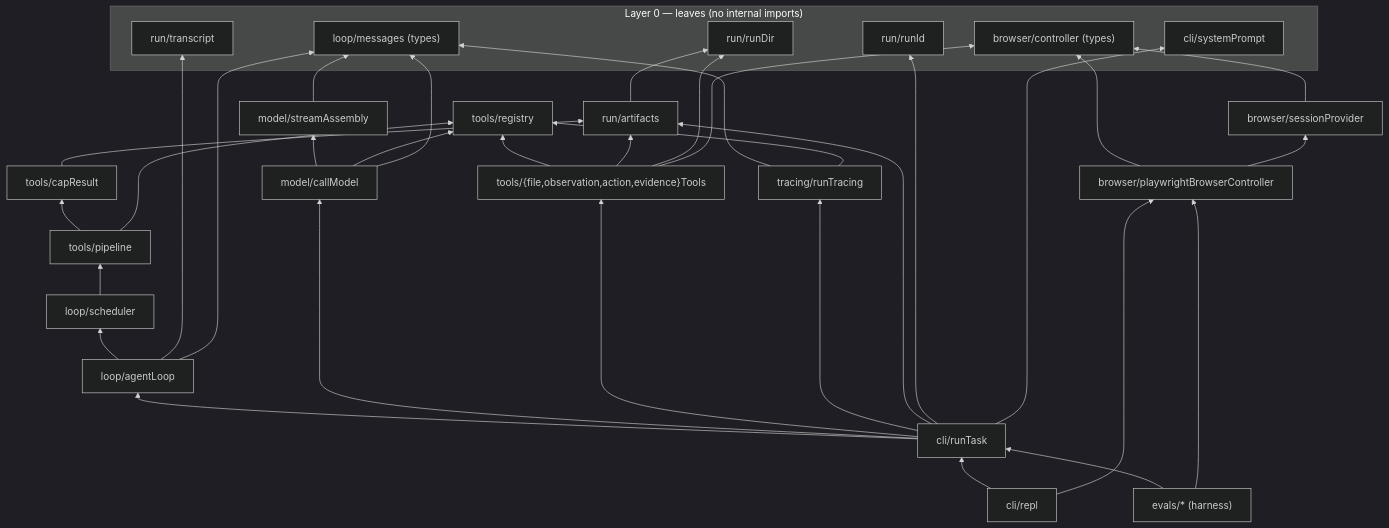
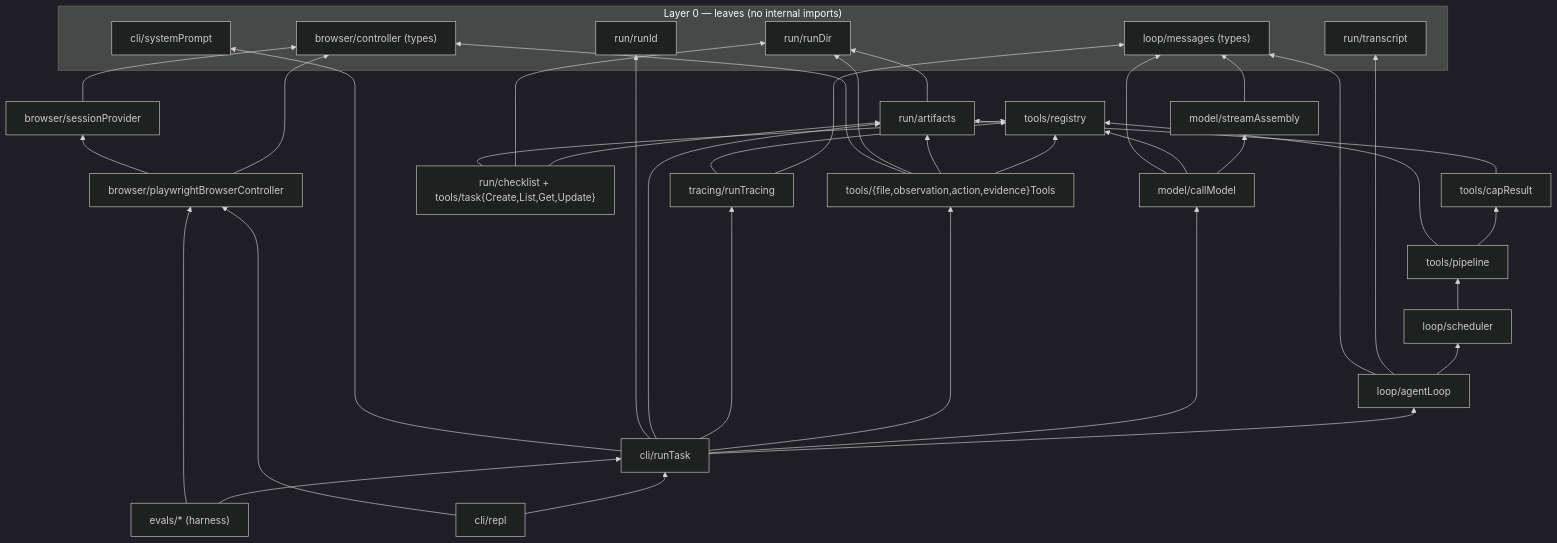
One commit to briosolivares/evidence-collection-agent changed the second of 2 diagrams in .agents/summary/architecture.md. Above: the diagram before and after it, drawn with Mermaid (dark theme). The commit also changed other lines of this file and 9 other files, not shown here.

````diff
--- a/.agents/summary/architecture.md
+++ b/.agents/summary/architecture.md
@@ -29,26 +31,27 @@
 ```mermaid
 graph BT
     subgraph "Layer 0 — leaves (no internal imports)"
         CONTROLLER["browser/controller (types)"]
         MESSAGES["loop/messages (types)"]
         RUNDIR["run/runDir"]
         RUNID["run/runId"]
         TRANSCRIPT["run/transcript"]
         SYSPROMPT["cli/systemPrompt"]
     end
     PROVIDER["browser/sessionProvider"] --> CONTROLLER
     ARTIFACTS["run/artifacts"] --> RUNDIR
     REGISTRY["tools/registry"]
     CAP["tools/capResult"] --> ARTIFACTS
     PIPELINE["tools/pipeline"] --> CAP & REGISTRY
     TOOLS["tools/{file,observation,action,evidence}Tools"] --> REGISTRY & ARTIFACTS & RUNDIR & CONTROLLER
+    CHECKLIST["run/checklist + tools/task{Create,List,Get,Update}"] --> ARTIFACTS & RUNDIR & REGISTRY
     SCHED["loop/scheduler"] --> PIPELINE
     STREAM["model/streamAssembly"] --> MESSAGES
     CALLMODEL["model/callModel"] --> STREAM & REGISTRY & MESSAGES
     LOOP["loop/agentLoop"] --> SCHED & TRANSCRIPT & MESSAGES
     TRACING["tracing/runTracing"] --> MESSAGES & REGISTRY
     PBC["browser/playwrightBrowserController"] --> CONTROLLER & PROVIDER
     RUNTASK["cli/runTask"] --> LOOP & CALLMODEL & TOOLS & TRACING & ARTIFACTS & RUNID & SYSPROMPT
     REPL["cli/repl"] --> RUNTASK & PBC
     EVALS["evals/* (harness)"] --> RUNTASK & PBC
 ```
````
